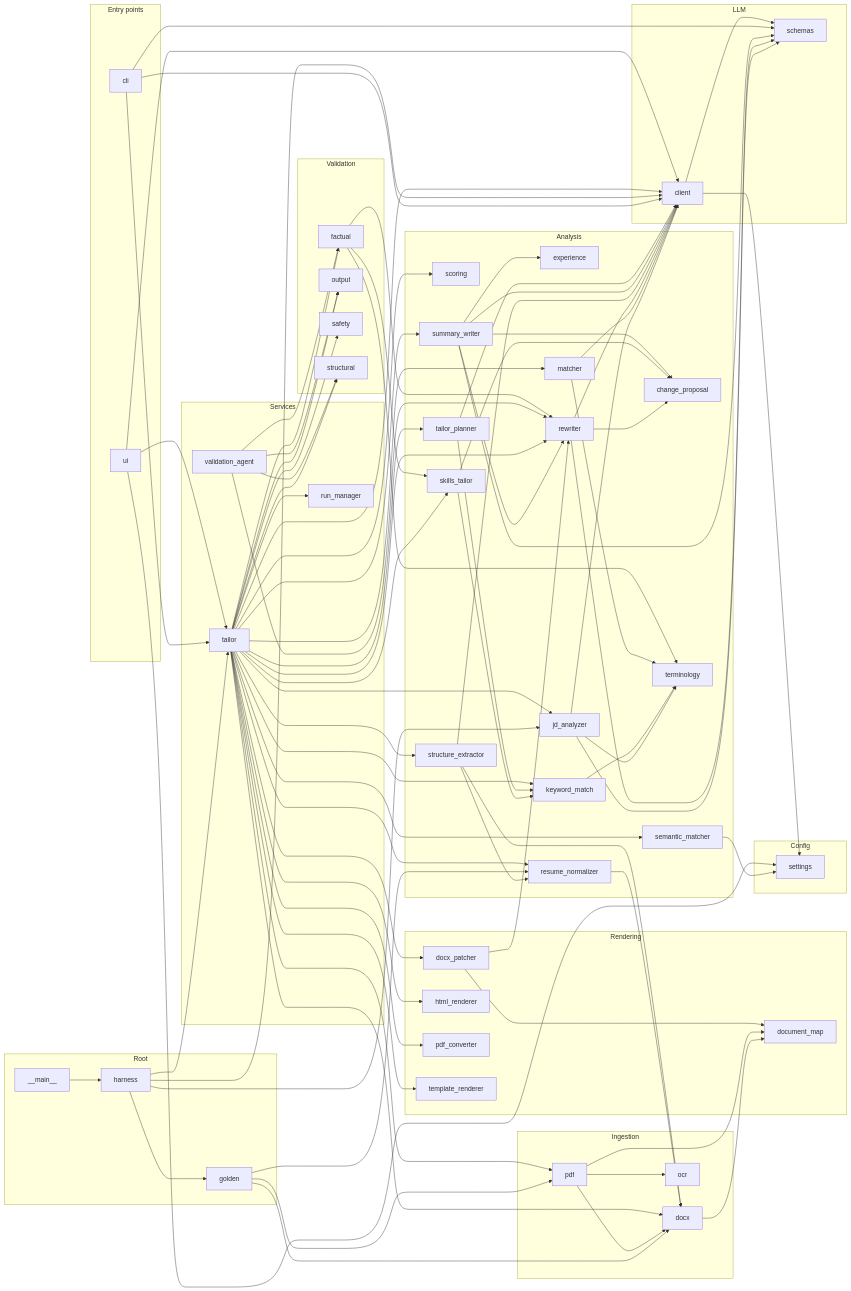
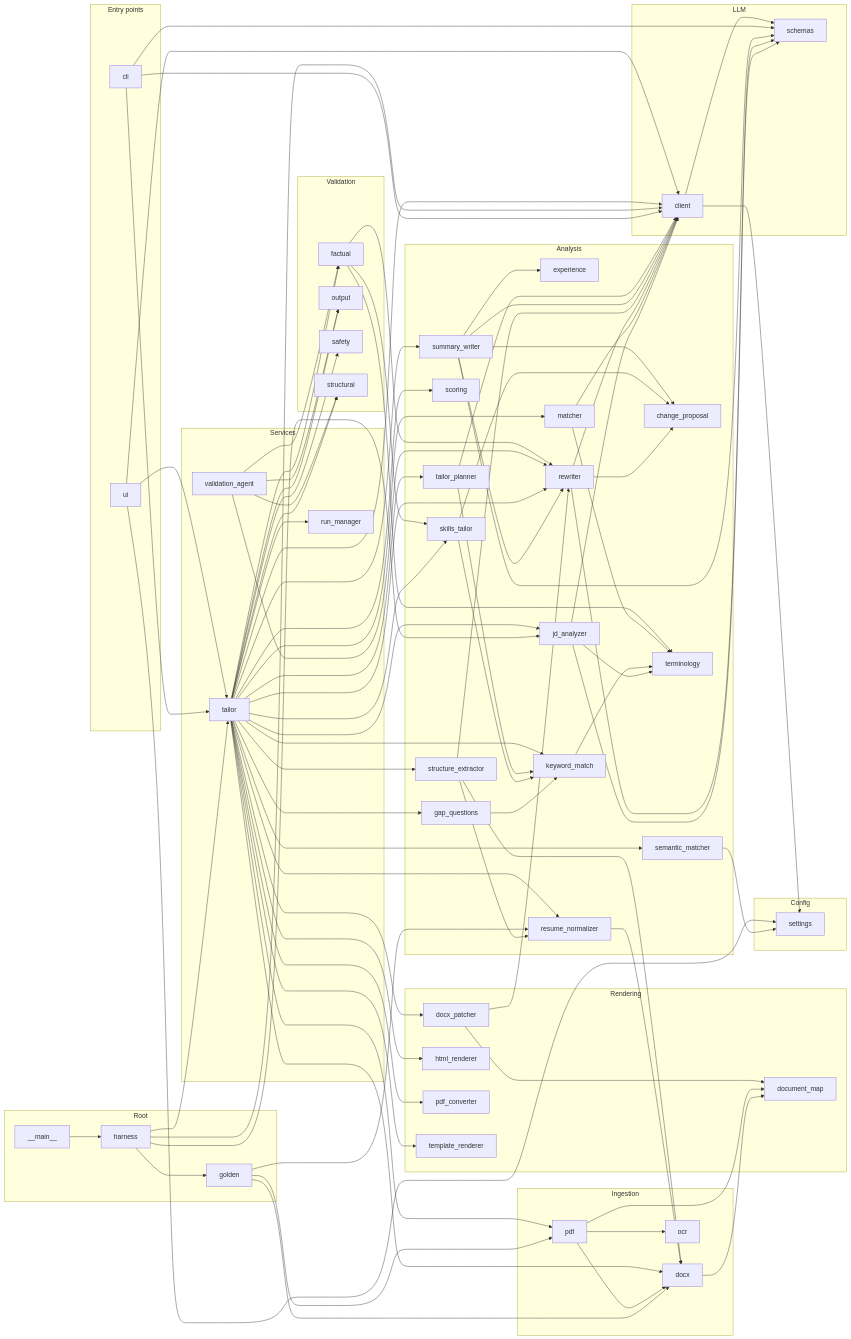
The diagram in docs/KNOWLEDGE_GRAPH.md (alwayss-snape/Resume-optimizer), drawn with Mermaid before and after one commit. The commit also changed other lines of this file and 14 other files, not shown here.

First line of the commit message:
P3.1: Gap questions replace invented suggestions

```diff
--- a/docs/KNOWLEDGE_GRAPH.md
+++ b/docs/KNOWLEDGE_GRAPH.md
@@ -814,6 +829,7 @@
   subgraph Analysis[Analysis]
     analysis_change_proposal[change_proposal]
     analysis_experience[experience]
+    analysis_gap_questions[gap_questions]
     analysis_jd_analyzer[jd_analyzer]
     analysis_keyword_match[keyword_match]
     analysis_matcher[matcher]
@@ -866,6 +882,7 @@
     validation_safety[safety]
     validation_structural[structural]
   end
+  analysis_gap_questions --> analysis_keyword_match
   analysis_jd_analyzer --> analysis_terminology
   analysis_jd_analyzer --> llm_client
   analysis_jd_analyzer --> llm_schemas
@@ -908,6 +925,7 @@
   llm_client --> llm_schemas
   rendering_docx_patcher --> analysis_rewriter
   rendering_docx_patcher --> rendering_document_map
+  services_tailor --> analysis_gap_questions
   services_tailor --> analysis_jd_analyzer
   services_tailor --> analysis_keyword_match
   services_tailor --> analysis_matcher
```
